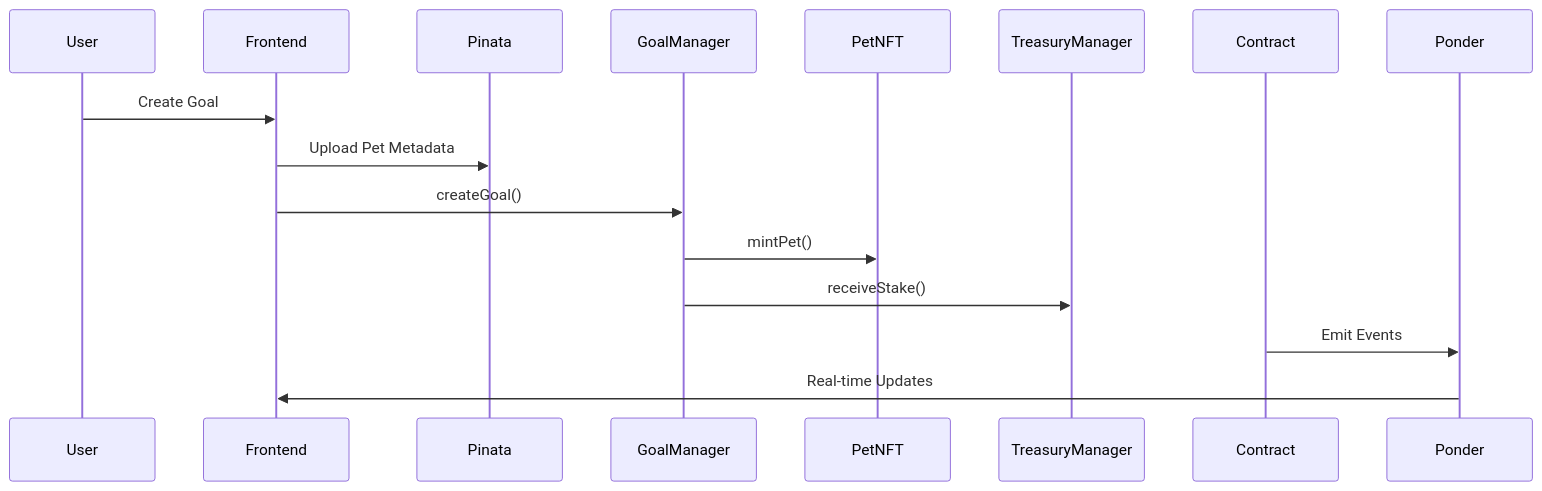
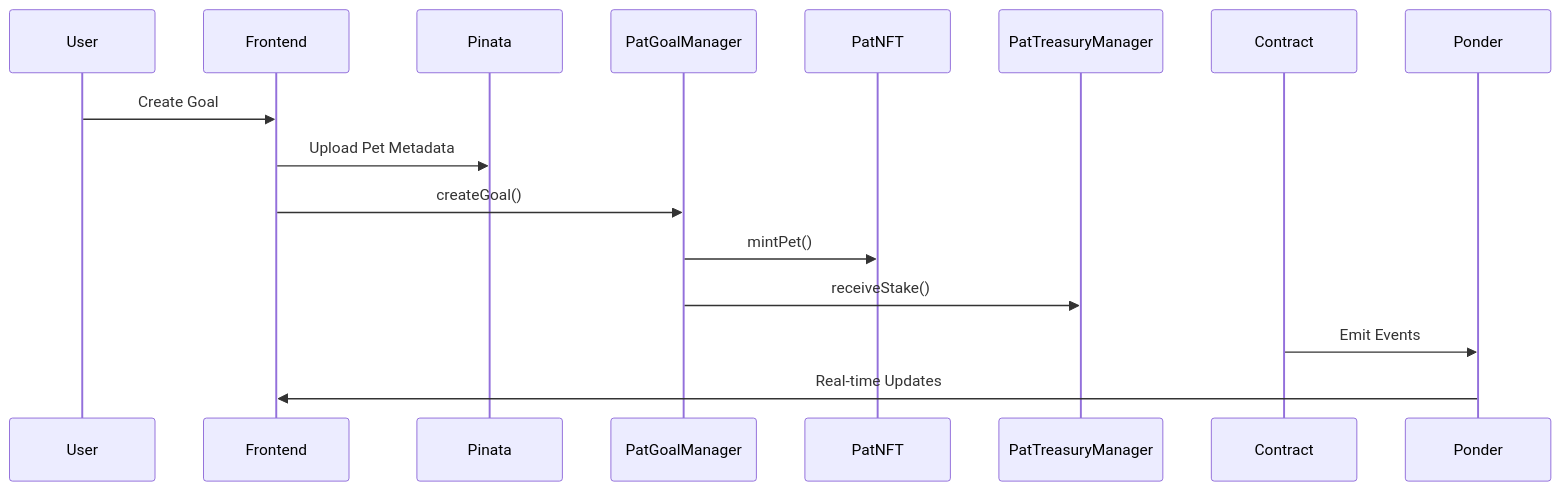
Before and after one commit to patpet-project/patpet-contracts: the first of 3 diagrams in README.md, drawn with Mermaid. The commit also changed other lines of this file and 7 other files, not shown here.

````diff
--- a/README.md
+++ b/README.md
@@ -38,10 +38,10 @@
 ```mermaid
 sequenceDiagram
     User->>Frontend: Create Goal
     Frontend->>Pinata: Upload Pet Metadata
-    Frontend->>GoalManager: createGoal()
-    GoalManager->>PetNFT: mintPet()
-    GoalManager->>TreasuryManager: receiveStake()
+    Frontend->>PatGoalManager: createGoal()
+    PatGoalManager->>PatNFT: mintPet()
+    PatGoalManager->>PatTreasuryManager: receiveStake()
     Contract->>Ponder: Emit Events
     Ponder->>Frontend: Real-time Updates
 ```
````
